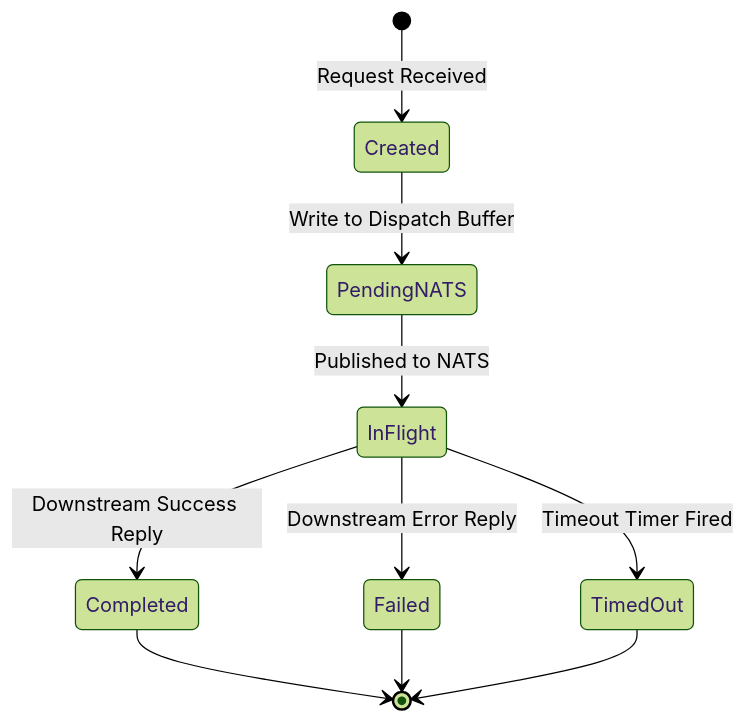
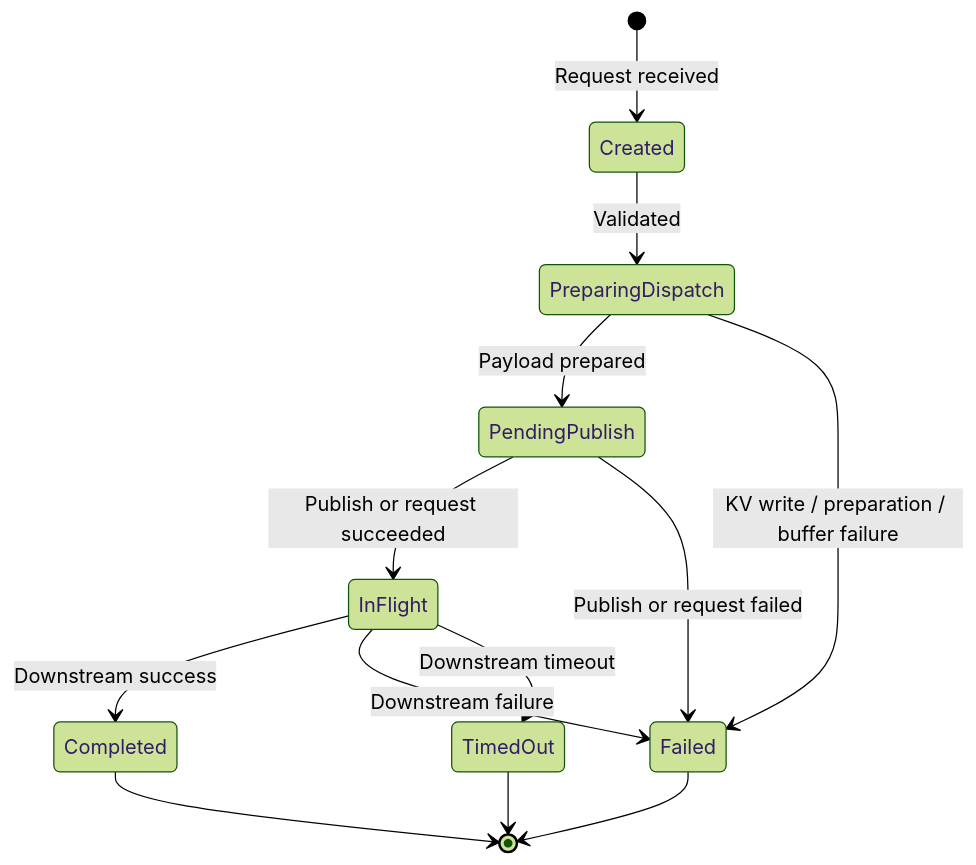
One commit to routerarchitects/TIP-olg-ucentral-client changed the third of 5 diagrams in HIGH_LEVEL_DESIGN.md. Above: the diagram before and after it, drawn with Mermaid (forest theme). The commit also changed other lines of this file and 3 other files, not shown here.

````diff
--- a/HIGH_LEVEL_DESIGN.md
+++ b/HIGH_LEVEL_DESIGN.md
@@ -180,13 +180,19 @@
 ```mermaid
 stateDiagram-v2
-    [*] --> Created : Request Received
-    Created --> PendingNATS : Write to Dispatch Buffer
-    PendingNATS --> InFlight : Published to NATS
-    InFlight --> Completed : Downstream Success Reply
-    InFlight --> Failed : Downstream Error Reply
-    InFlight --> TimedOut : Timeout Timer Fired
-    
+    [*] --> Created : Request received
+    Created --> PreparingDispatch : Validated
+
+    PreparingDispatch --> PendingPublish : Payload prepared
+    PreparingDispatch --> Failed : KV write / preparation / buffer failure
+
+    PendingPublish --> InFlight : Publish or request succeeded
+    PendingPublish --> Failed : Publish or request failed
+
+    InFlight --> Completed : Downstream success
+    InFlight --> Failed : Downstream failure
+    InFlight --> TimedOut : Downstream timeout
+
     Completed --> [*]
     Failed --> [*]
     TimedOut --> [*]
 ```
````
